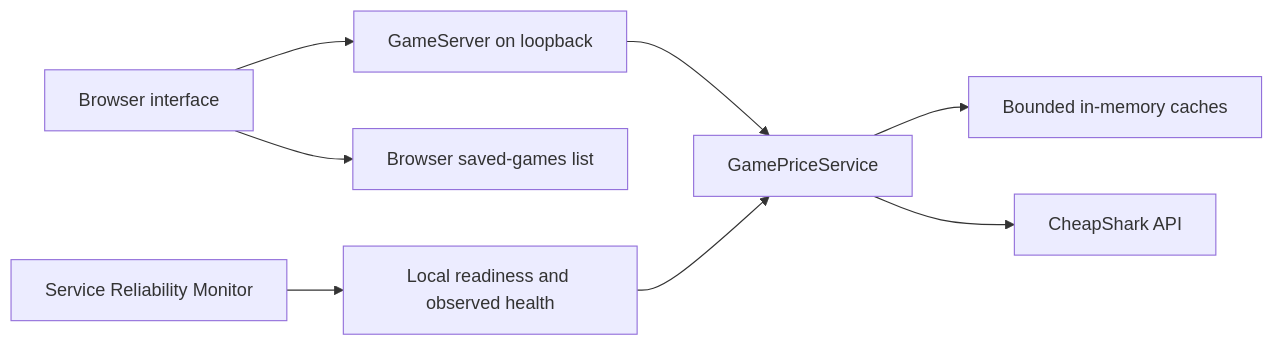
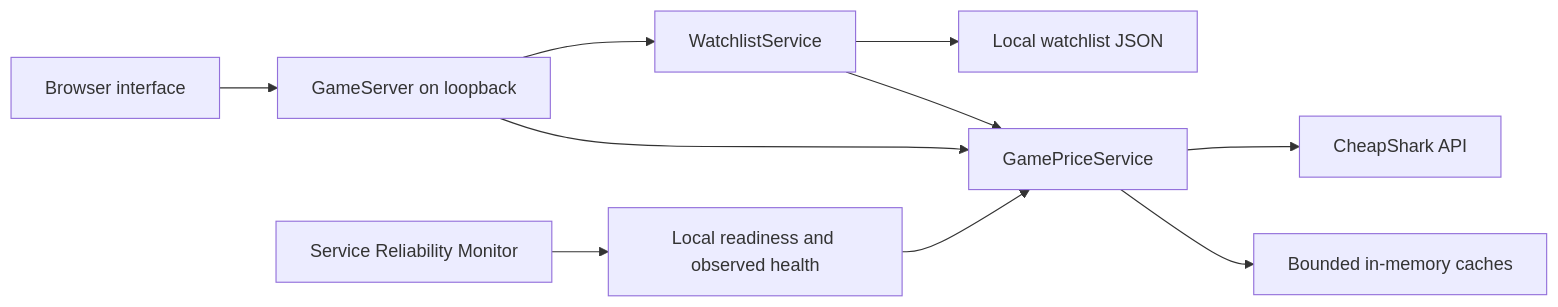
Before and after one commit to behruznovruzlu/game-price-search: the diagram in docs/architecture.md, drawn with Mermaid. The commit also changed other lines of this file and 12 other files, not shown here.

````diff
--- a/docs/architecture.md
+++ b/docs/architecture.md
@@ -7,10 +7,12 @@
 ```mermaid
 flowchart LR
     User[Browser interface] --> Server[GameServer on loopback]
     Server --> Service[GamePriceService]
     Service --> Cache[Bounded in-memory caches]
     Service --> API[CheapShark API]
-    User --> Saved[Browser saved-games list]
+    Server --> Watchlist[WatchlistService]
+    Watchlist --> Service
+    Watchlist --> Saved[Local watchlist JSON]
     Monitor[Service Reliability Monitor] --> Health[Local readiness and observed health]
     Health --> Service
 ```
````
